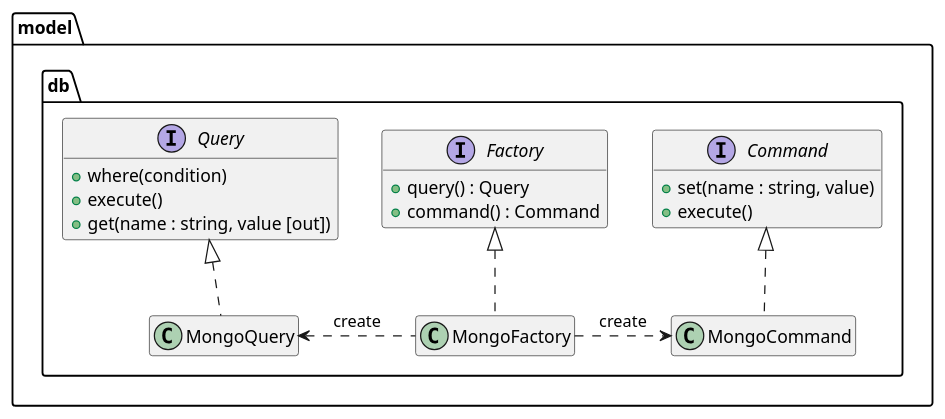
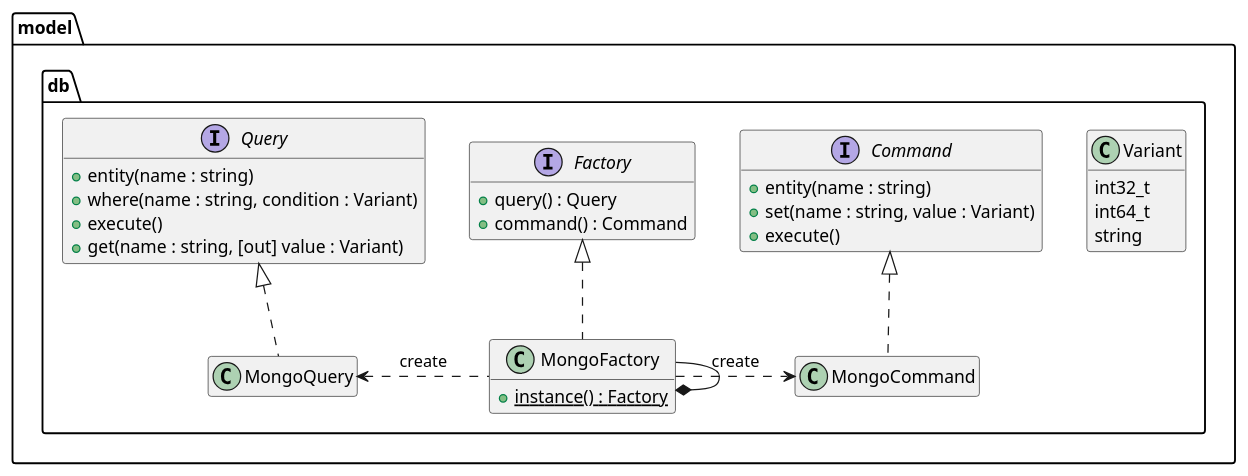
Before and after one commit to bonewell/moneybox: the diagram in uml/db-wrapper-class.puml, drawn with PlantUML. The commit also changed 4 other files, not shown here.

Commit message:
Update UML for model component

```diff
--- a/uml/db-wrapper-class.puml
+++ b/uml/db-wrapper-class.puml
@@ -1,28 +1,38 @@
 @startuml
 hide empty members
 namespace model.db {
+    class Variant {
+        int32_t
+        int64_t
+        string
+    }
     interface Query {
-        + where(condition)
+        + entity(name : string)
+        + where(name : string, condition : Variant)
         + execute()
-        + get(name : string, value [out])
+        + get(name : string, [out] value : Variant)
     }
     interface Factory {
         + query() : Query
         + command() : Command
     }
     interface Command {
-        + set(name : string, value)
+        + entity(name : string)
+        + set(name : string, value : Variant)
         + execute()
     }
     class MongoQuery
-    class MongoFactory
+    class MongoFactory {
+        + {static} instance() : Factory
+    }
     class MongoCommand
 
 
     Query <|.. MongoQuery
     Factory <|.. MongoFactory
+    MongoFactory -* MongoFactory
     Command <|.. MongoCommand
     MongoQuery <. MongoFactory : create
     MongoFactory .> MongoCommand : create
 }
 @enduml
```
